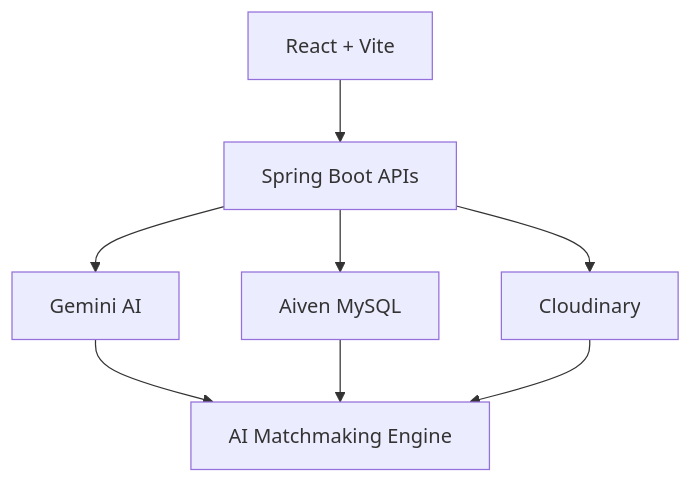
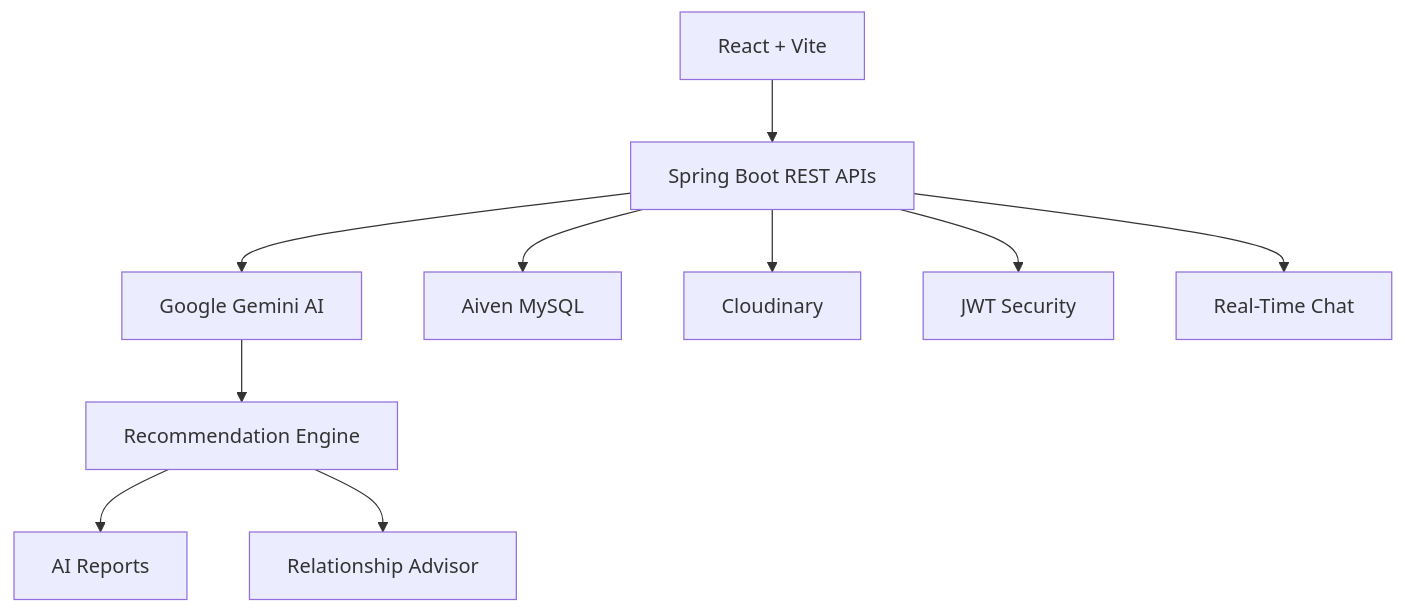
The first of 21 diagrams in README.md (TheKanishkDev/SoulSync-AI), drawn with Mermaid before and after one commit. The commit also changed other lines of this file, not shown here.

````diff
--- a/README.md
+++ b/README.md
@@ -134,29 +173,41 @@
 ```mermaid
 flowchart TD
 
 A[React + Vite]
 
-B[Spring Boot APIs]
+B[Spring Boot REST APIs]
 
-C[Gemini AI]
+C[Google Gemini AI]
 
 D[Aiven MySQL]
 
 E[Cloudinary]
 
-F[AI Matchmaking Engine]
+F[JWT Security]
+
+G[Recommendation Engine]
+
+H[AI Reports]
+
+I[Relationship Advisor]
+
+J[Real-Time Chat]
 
 A --> B
 
 B --> C
 
 B --> D
 
 B --> E
 
-C --> F
+B --> F
 
-D --> F
+C --> G
 
-E --> F
+G --> H
+
+G --> I
+
+B --> J
 ```
````
